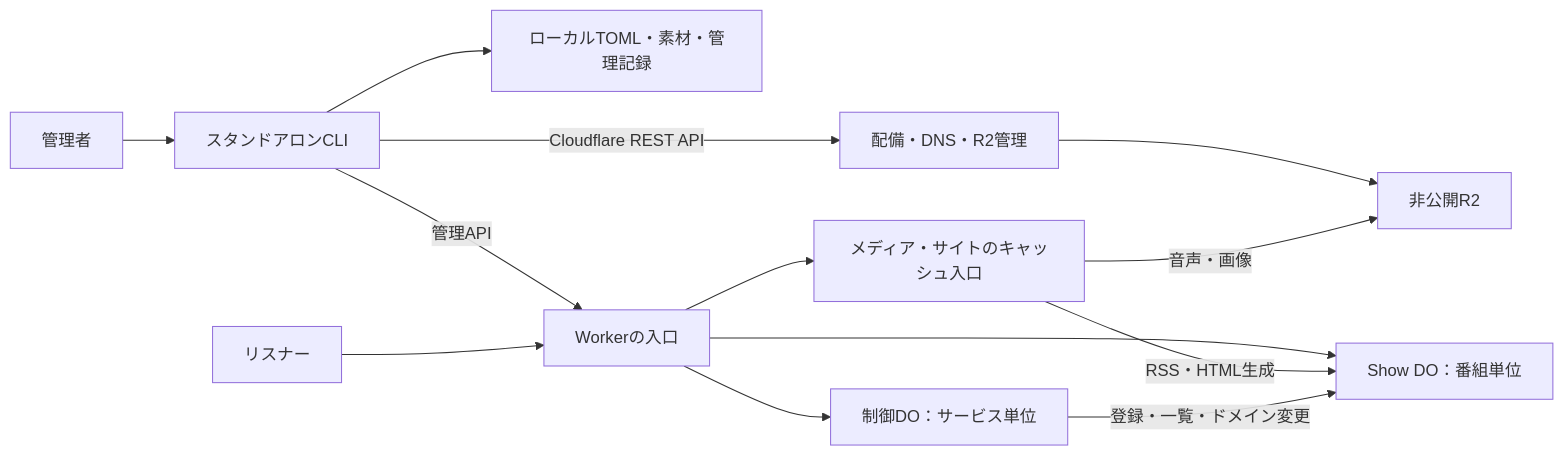
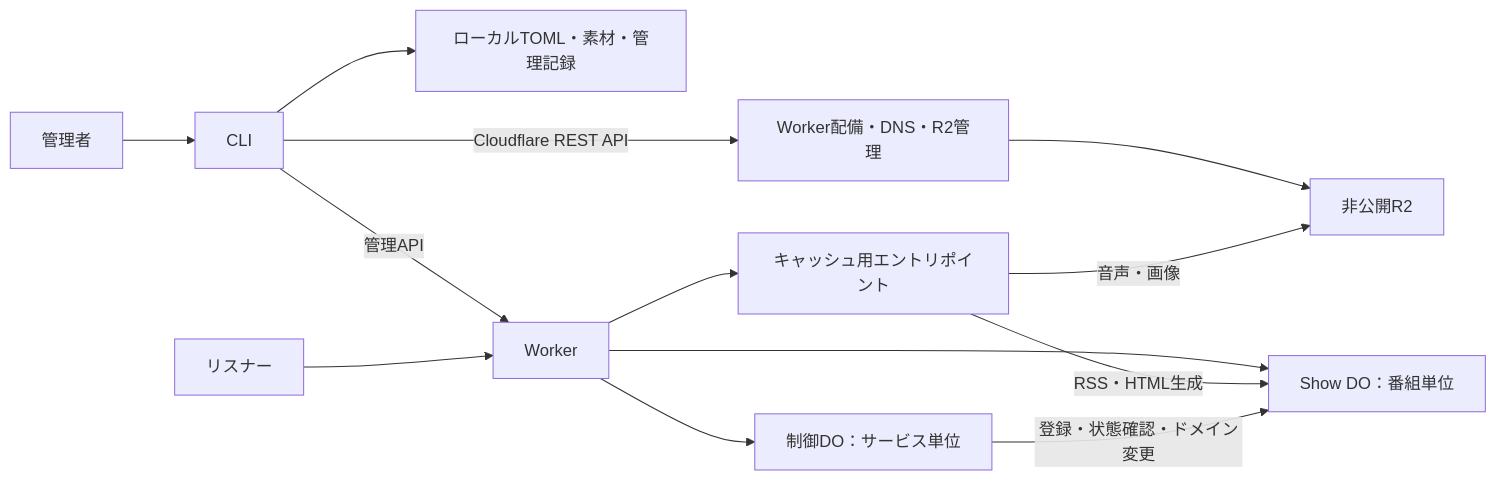
Before and after one commit to simosako/castloop-v2: the diagram in design/architecture.md, drawn with Mermaid. The commit also changed other lines of this file and 14 other files, not shown here.

````diff
--- a/design/architecture.md
+++ b/design/architecture.md
@@ -11,15 +11,15 @@
 ```mermaid
 flowchart LR
-  管理者 --> CLI[スタンドアロンCLI]
-  CLI --> ローカル[ローカルTOML・素材・管理記録]
-  CLI -->|管理API| Gateway[Workerの入口]
-  CLI -->|Cloudflare REST API| CF[配備・DNS・R2管理]
+  Admin[管理者] --> CLI[CLI]
+  CLI --> Local[ローカルTOML・素材・管理記録]
+  CLI -->|管理API| Worker[Worker]
+  CLI -->|Cloudflare REST API| CF[Worker配備・DNS・R2管理]
   CF --> R2[非公開R2]
-  リスナー --> Gateway
-  Gateway --> Control[制御DO：サービス単位]
-  Gateway --> Show[Show DO：番組単位]
-  Gateway --> Cache[メディア・サイトのキャッシュ入口]
+  Listener[リスナー] --> Worker
+  Worker --> Control[制御DO：サービス単位]
+  Worker --> Show[Show DO：番組単位]
+  Worker --> Cache[キャッシュ用エントリポイント]
   Cache -->|音声・画像| R2
   Cache -->|RSS・HTML生成| Show
-  Control -->|登録・一覧・ドメイン変更| Show
+  Control -->|登録・状態確認・ドメイン変更| Show
 ```
````
